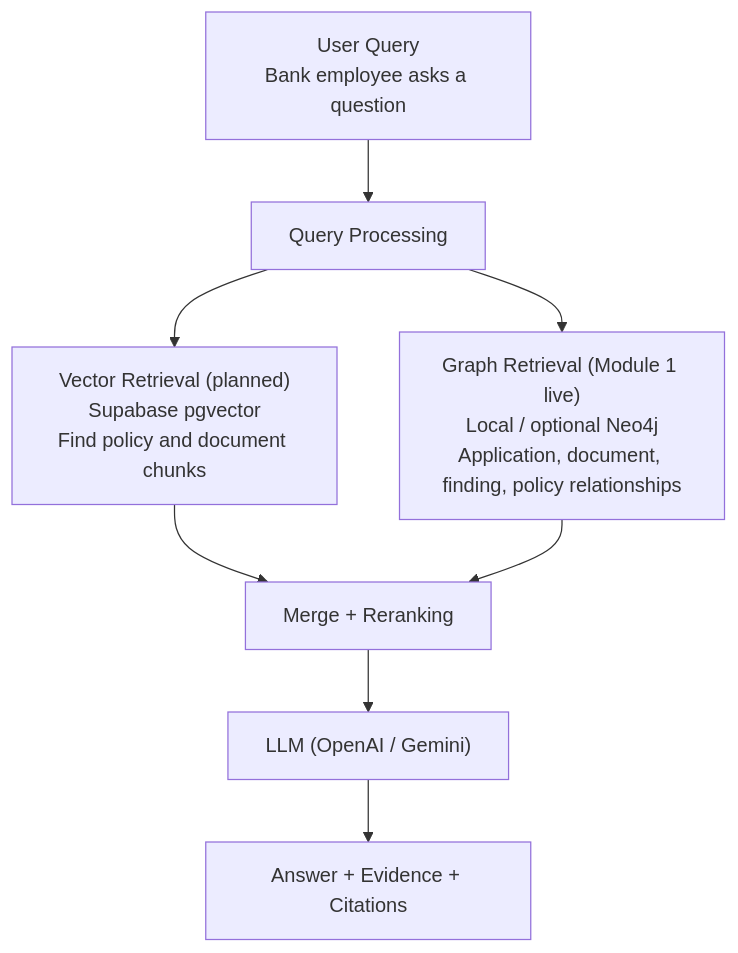
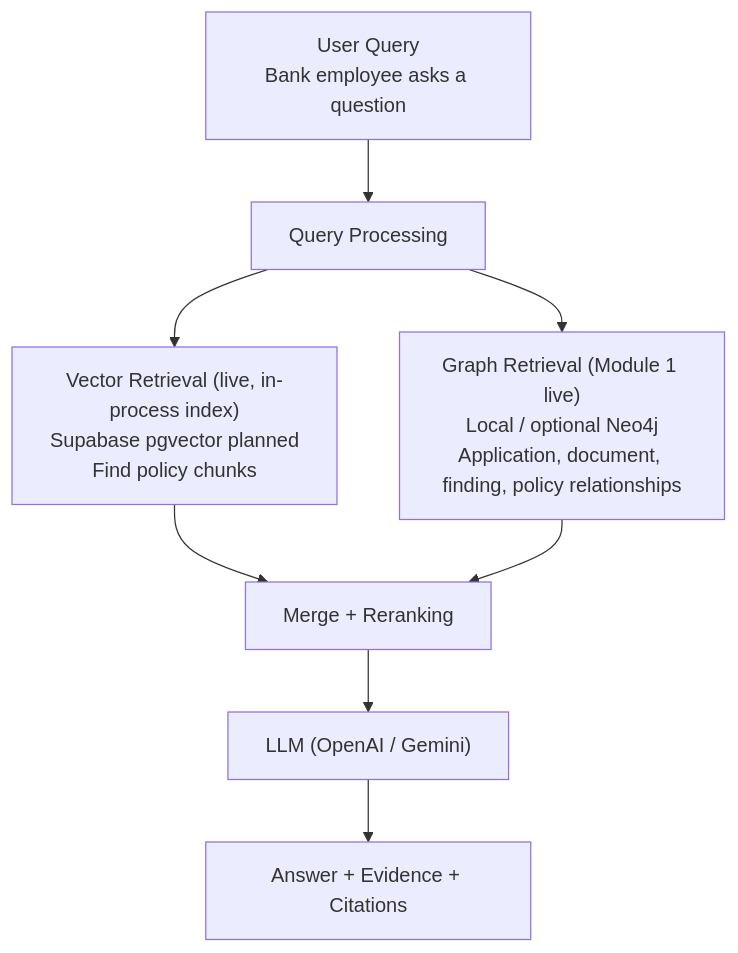
The second of 2 diagrams in mms-ai-checker/README.md (ydangishere/dev-projects), drawn with Mermaid before and after one commit. The commit also changed other lines of this file and 10 other files, not shown here.

First line of the commit message:
feat(mms): add hybrid policy retrieval with vector + keyword search and retrieval evaluation

````diff
--- a/mms-ai-checker/README.md
+++ b/mms-ai-checker/README.md
@@ -167,10 +167,10 @@
 ```mermaid
 flowchart TB
     Q["User Query<br/>Bank employee asks a question"] --> P["Query Processing"]
-    P --> V["Vector Retrieval (planned)<br/>Supabase pgvector<br/>Find policy and document chunks"]
+    P --> V["Vector Retrieval (live, in-process index)<br/>Supabase pgvector planned<br/>Find policy chunks"]
     P --> G["Graph Retrieval (Module 1 live)<br/>Local / optional Neo4j<br/>Application, document, finding, policy relationships"]
     V --> M["Merge + Reranking"]
     G --> M
     M --> L["LLM (OpenAI / Gemini)"]
     L --> A["Answer + Evidence + Citations"]
 ```
````
